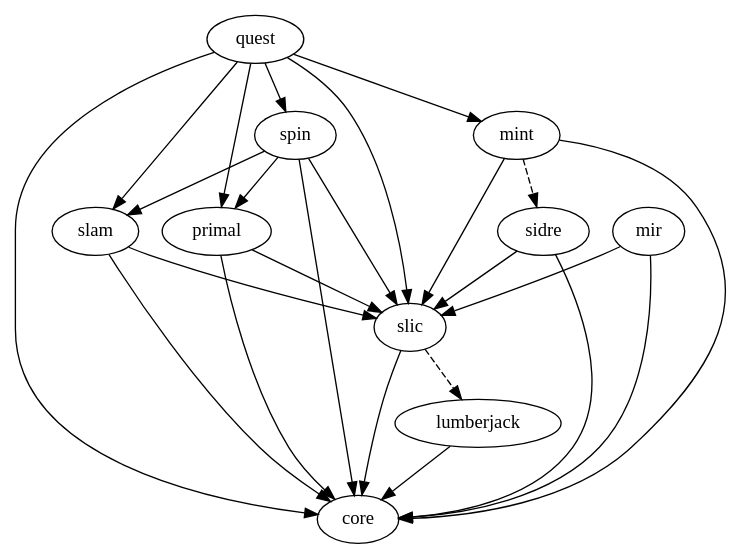
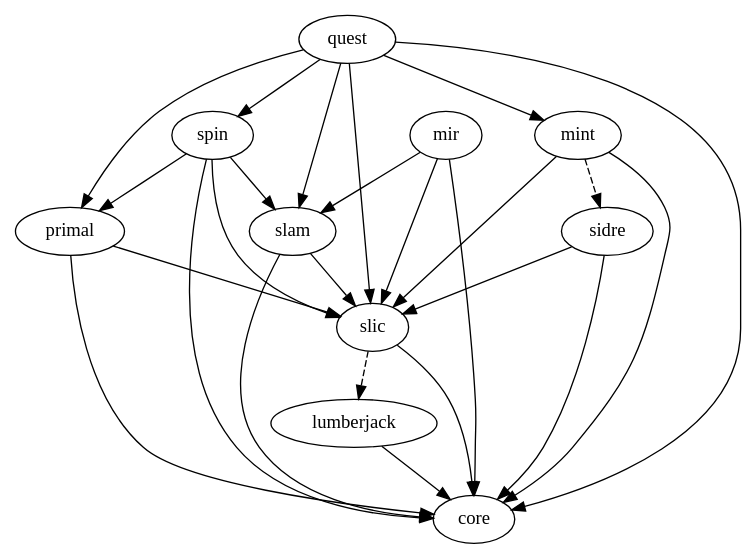
The diagram in src/docs/dependencies.dot (LLNL/axom), drawn with Graphviz before and after one commit. The commit also changed 25 other files, not shown here.

```diff
--- a/src/docs/dependencies.dot
+++ b/src/docs/dependencies.dot
@@ -1,11 +1,11 @@
 digraph dependencies {
   quest -> {slam primal mint spin};
   {quest slam primal mint spin} -> {slic core};
   mint -> sidre [style="dashed"];
-  mir -> {slic core};
+  mir -> {slic core slam};
   spin -> {slam primal};
   sidre -> {slic core};
   slic -> core;
   slic -> lumberjack [style="dashed"];
   lumberjack -> core;
 }
```
